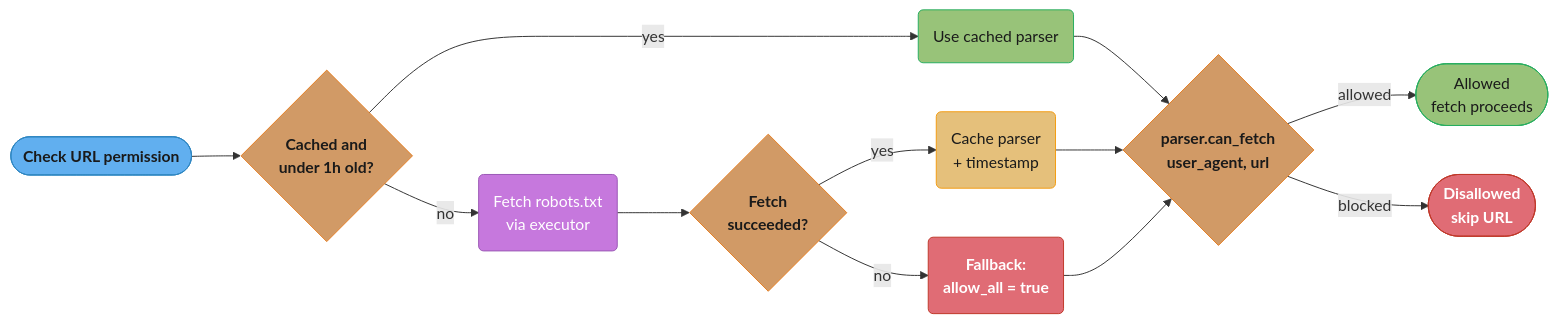
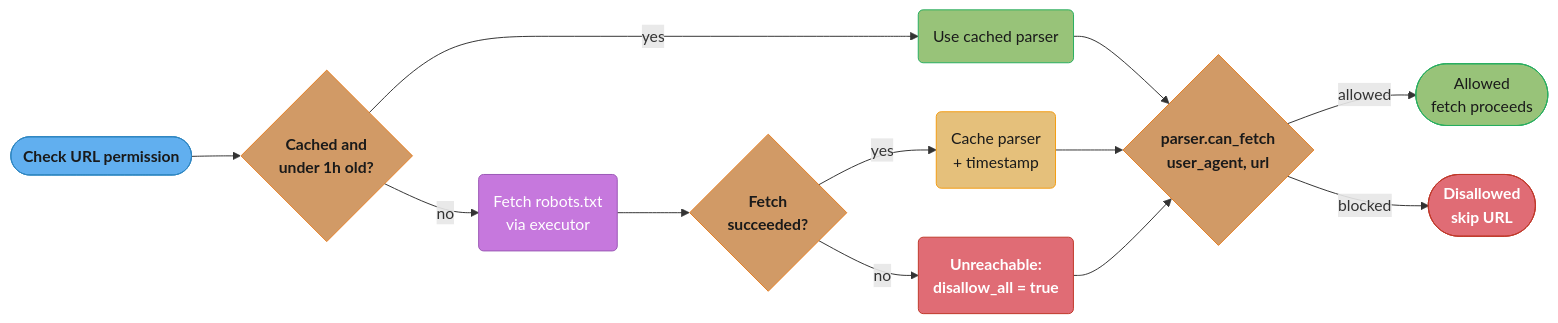
One commit to rppol/system-design changed the third of 3 diagrams in src/main/java/com/rutik/systemdesign/fastapi/case_studies/design_async_web_scraper.md. Above: the diagram before and after it, drawn with Mermaid. The commit also changed other lines of this file and 6 other files, not shown here.

````diff
--- a/src/main/java/com/rutik/systemdesign/fastapi/case_studies/design_async_web_scraper.md
+++ b/src/main/java/com/rutik/systemdesign/fastapi/case_studies/design_async_web_scraper.md
@@ -299,42 +310,42 @@
 ```mermaid
 flowchart LR
     classDef io      fill:#61afef,stroke:#2e86c1,color:#1a1a1a,font-weight:bold
     classDef frozen  fill:#c678dd,stroke:#9b59b6,color:#fff
     classDef train   fill:#98c379,stroke:#27ae60,color:#1a1a1a
     classDef mathOp  fill:#d19a66,stroke:#e67e22,color:#1a1a1a,font-weight:bold
     classDef lossN   fill:#e06c75,stroke:#c0392b,color:#fff,font-weight:bold
     classDef req     fill:#56b6c2,stroke:#0097a7,color:#1a1a1a
     classDef base    fill:#e5c07b,stroke:#f39c12,color:#1a1a1a
 
     start(["Check URL permission"])
     cacheCheck{"Cached and<br/>under 1h old?"}
     useCached(Use cached parser)
     fetchNew(Fetch robots.txt<br/>via executor)
     fetchOk{"Fetch<br/>succeeded?"}
     cacheParser(Cache parser<br/>+ timestamp)
-    fallbackAllow(Fallback:<br/>allow_all = true)
+    fallbackAllow(Unreachable:<br/>disallow_all = true)
     permCheck{"parser.can_fetch<br/>user_agent, url"}
     allowed(["Allowed<br/>fetch proceeds"])
     disallowed(["Disallowed<br/>skip URL"])
 
     start --> cacheCheck
     cacheCheck -->|"yes"| useCached
     cacheCheck -->|"no"| fetchNew
     useCached --> permCheck
     fetchNew --> fetchOk
     fetchOk -->|"yes"| cacheParser
     fetchOk -->|"no"| fallbackAllow
     cacheParser --> permCheck
     fallbackAllow --> permCheck
     permCheck -->|"allowed"| allowed
     permCheck -->|"blocked"| disallowed
 
     class start io
     class cacheCheck,fetchOk,permCheck mathOp
     class useCached train
     class fetchNew frozen
     class cacheParser base
     class fallbackAllow lossN
     class allowed train
     class disallowed lossN
 ```
````
